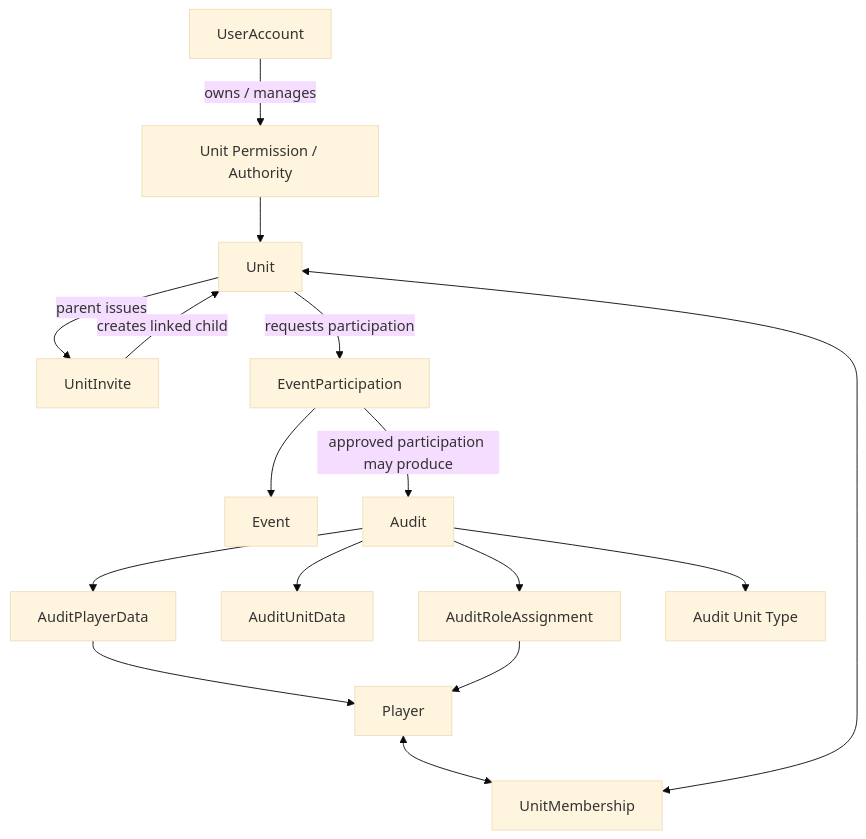
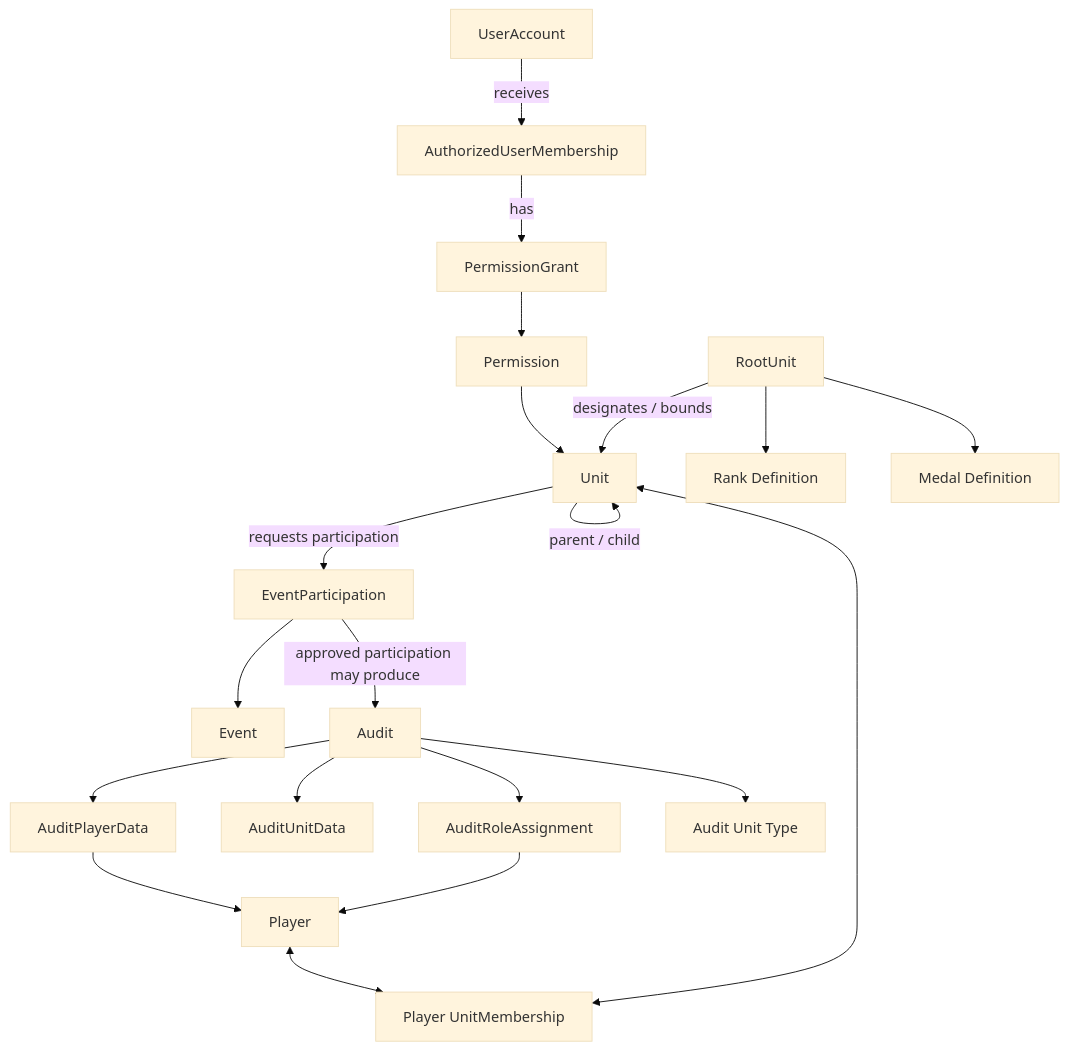
The second of 3 diagrams in docs/architecture.md (n-nu/morale.gg), drawn with Mermaid (base theme) before and after one commit. The commit also changed other lines of this file and 29 other files, not shown here.

Commit message:
feat: add unit management and root organization settings

````diff
--- a/docs/architecture.md
+++ b/docs/architecture.md
@@ -350,45 +289,40 @@
 ```mermaid
 flowchart TB
-
     user[UserAccount]
-    permission[Unit Permission / Authority]
-
+    permission[Permission]
     unit[Unit]
-    invite[UnitInvite]
-
+    root[RootUnit]
+    authorized[AuthorizedUserMembership]
+    grant[PermissionGrant]
+    rank[Rank Definition]
+    medal[Medal Definition]
     player[Player]
-    membership[UnitMembership]
-
+    membership[Player UnitMembership]
     event[Event]
     participation[EventParticipation]
-
     audit[Audit]
     playerData[AuditPlayerData]
     unitData[AuditUnitData]
     roles[AuditRoleAssignment]
     unitType[Audit Unit Type]
 
-    user -->|owns / manages| permission
+    user -->|receives| authorized
+    authorized -->|has| grant
+    grant --> permission
     permission --> unit
-
-    unit -->|parent issues| invite
-    invite -->|creates linked child| unit
-
+    root -->|designates / bounds| unit
+    root --> rank
+    root --> medal
+    unit -->|parent / child| unit
     player <--> membership
     membership <--> unit
-
     unit -->|requests participation| participation
     participation --> event
-
     participation -->|approved participation may produce| audit
-
     audit --> playerData
     playerData --> player
-
     audit --> unitData
-
     audit --> roles
     roles --> player
-
     audit --> unitType
 ```
````
